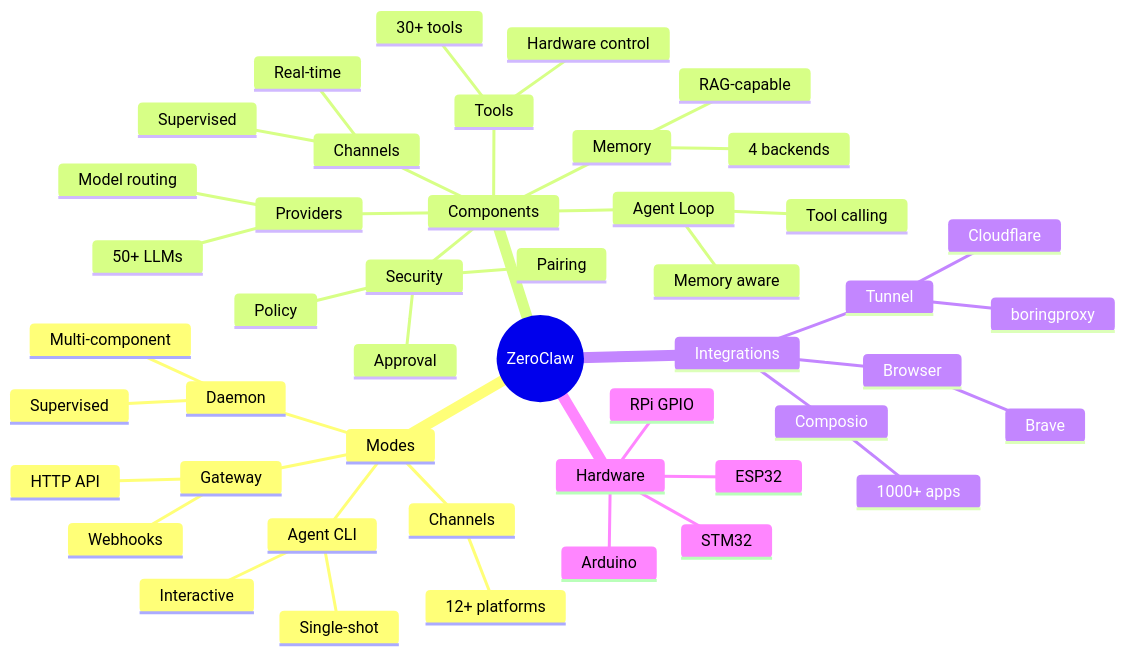
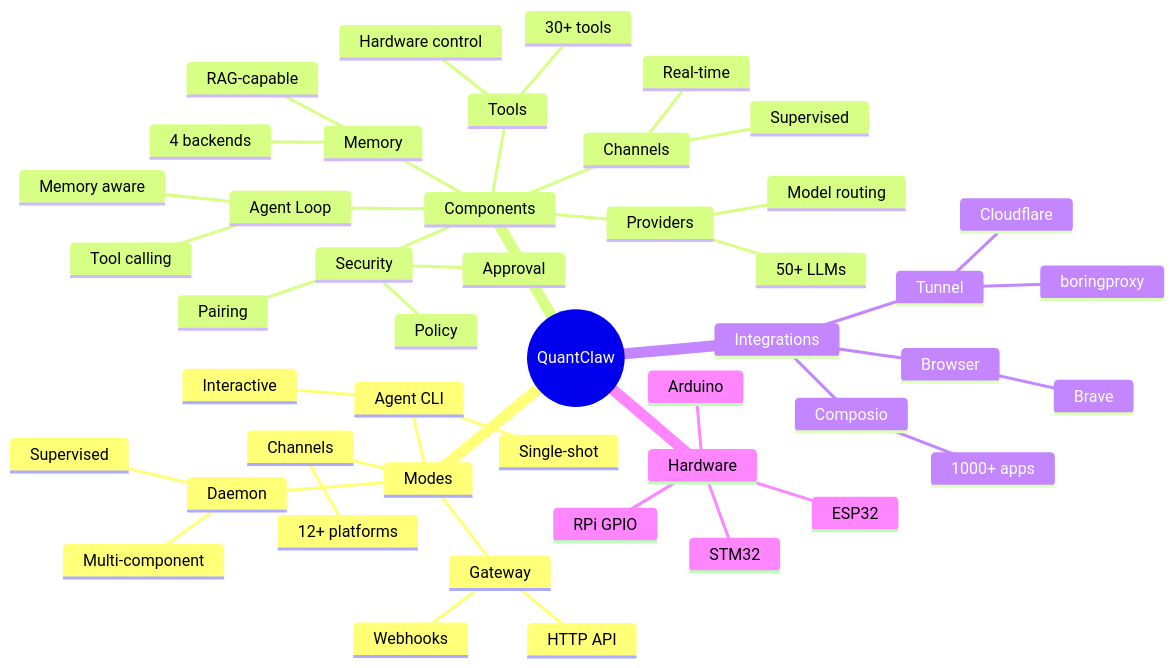
Diagram 14 of 14 in docs/assets/architecture-diagrams.md (zeroclaw-labs/zeroclaw), drawn with Mermaid before and after one commit. The commit also changed other lines of this file and 1366 other files, not shown here.

````diff
--- a/docs/assets/architecture-diagrams.md
+++ b/docs/assets/architecture-diagrams.md
@@ -780,49 +780,49 @@
 ```mermaid
 mindmap
-    root((ZeroClaw))
+    root((QuantClaw))
         Modes
             Agent CLI
                 Interactive
                 Single-shot
             Gateway
                 HTTP API
                 Webhooks
             Daemon
                 Supervised
                 Multi-component
             Channels
                 12+ platforms
         Components
             Agent Loop
                 Tool calling
                 Memory aware
             Providers
                 50+ LLMs
                 Model routing
             Channels
                 Real-time
                 Supervised
             Tools
                 30+ tools
                 Hardware control
             Memory
                 4 backends
                 RAG-capable
             Security
                 Pairing
                 Approval
                 Policy
         Integrations
             Composio
                 1000+ apps
             Browser
                 Brave
             Tunnel
                 Cloudflare
                 boringproxy
         Hardware
             STM32
             Arduino
             ESP32
             RPi GPIO
 ```
````
